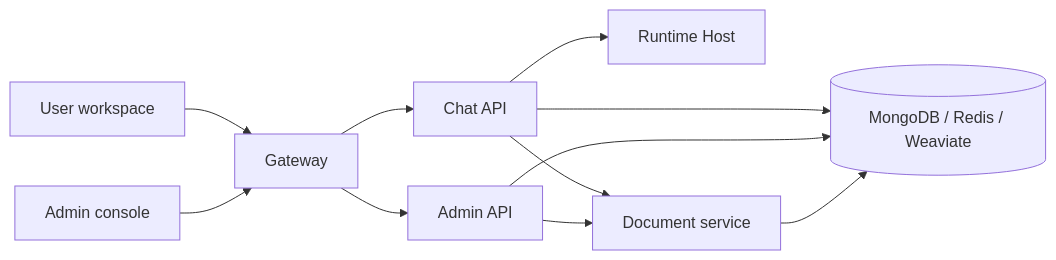
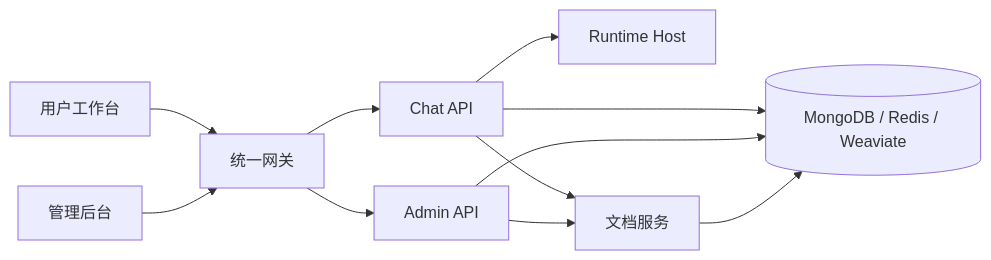
One commit to BA-de-BA-jiao-shen-me/movo changed the diagram in README.md. Above: the diagram before and after it, drawn with Mermaid. The commit also changed other lines of this file and 1 other file, not shown here.

````diff
--- a/README.md
+++ b/README.md
@@ -110,13 +100,13 @@
 ```mermaid
 flowchart LR
-    U[User workspace] --> G[Gateway]
-    A[Admin console] --> G
+    U[用户工作台] --> G[统一网关]
+    A[管理后台] --> G
     G --> C[Chat API]
     G --> M[Admin API]
     C --> D[Runtime Host]
-    C --> P[Document service]
+    C --> P[文档服务]
     M --> P
     C --> S[(MongoDB / Redis / Weaviate)]
     M --> S
     P --> S
 ```
````
